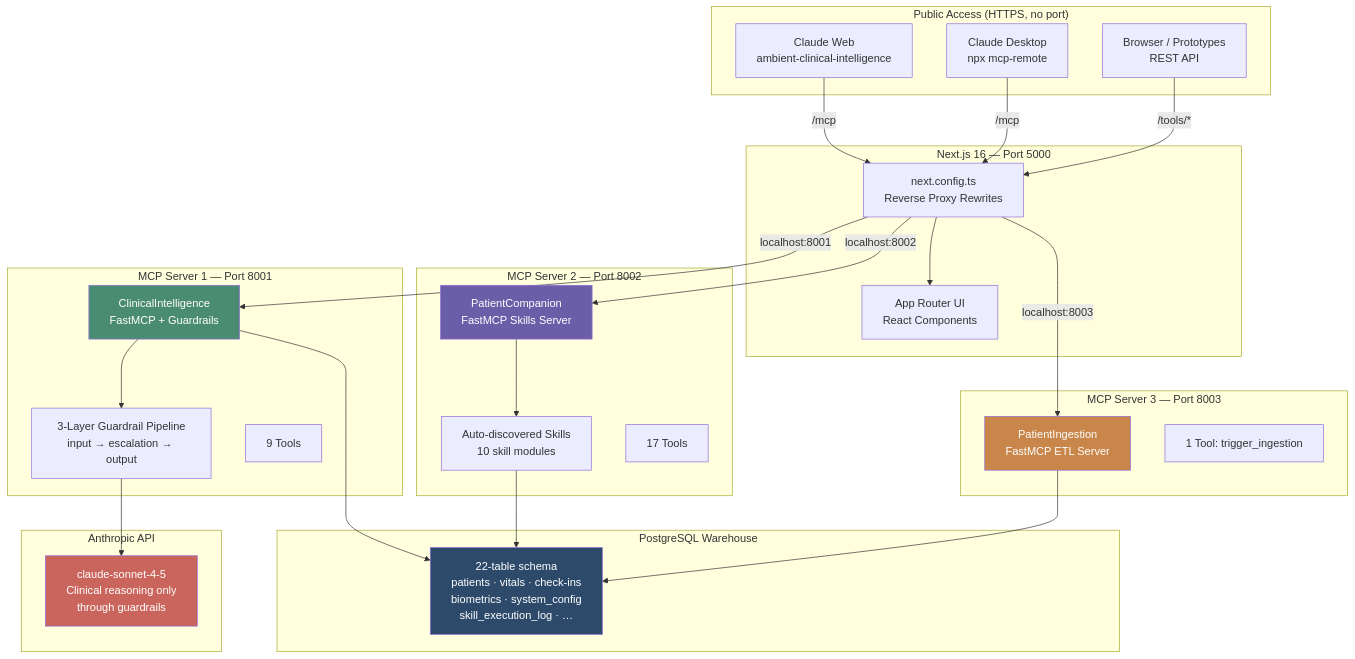
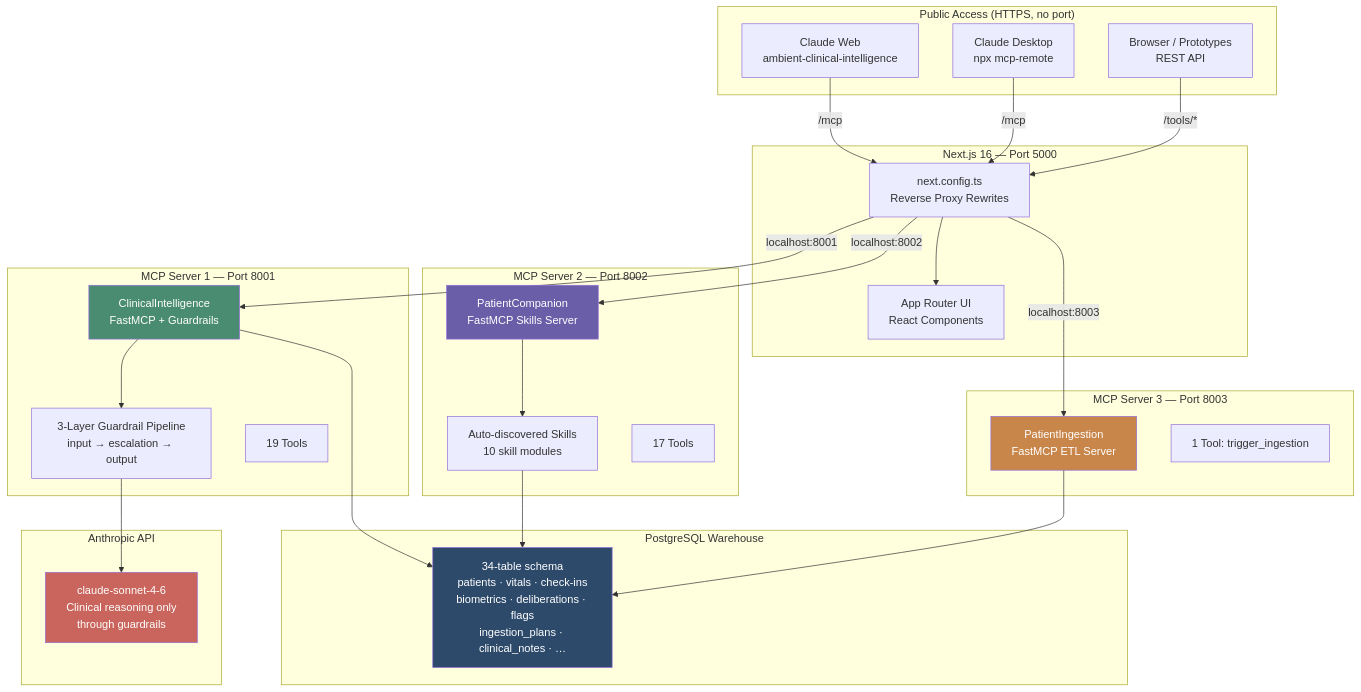
Before and after one commit to aliomraniH/ambient-patient-companion: the third of 8 diagrams in README.md, drawn with Mermaid. The commit also changed other lines of this file and 1 other file, not shown here.

First line of the commit message:
docs: update README and CLAUDE.md to reflect 35 commits of new features

````diff
--- a/README.md
+++ b/README.md
@@ -110,58 +110,58 @@
 ```mermaid
 graph TB
     subgraph "Public Access (HTTPS, no port)"
         CW["Claude Web<br/>ambient-clinical-intelligence"]
         CD["Claude Desktop<br/>npx mcp-remote"]
         BR["Browser / Prototypes<br/>REST API"]
     end
 
     subgraph "Next.js 16 — Port 5000"
         NX["next.config.ts<br/>Reverse Proxy Rewrites"]
         UI["App Router UI<br/>React Components"]
     end
 
     subgraph "MCP Server 1 — Port 8001"
         S1["ClinicalIntelligence<br/>FastMCP + Guardrails"]
         G1["3-Layer Guardrail Pipeline<br/>input → escalation → output"]
-        T1["9 Tools"]
+        T1["19 Tools"]
     end
 
     subgraph "MCP Server 2 — Port 8002"
         S2["PatientCompanion<br/>FastMCP Skills Server"]
         SK["Auto-discovered Skills<br/>10 skill modules"]
         T2["17 Tools"]
     end
 
     subgraph "MCP Server 3 — Port 8003"
         S3["PatientIngestion<br/>FastMCP ETL Server"]
         T3["1 Tool: trigger_ingestion"]
     end
 
     subgraph "PostgreSQL Warehouse"
-        DB["22-table schema<br/>patients · vitals · check-ins<br/>biometrics · system_config<br/>skill_execution_log · …"]
+        DB["34-table schema<br/>patients · vitals · check-ins<br/>biometrics · deliberations · flags<br/>ingestion_plans · clinical_notes · …"]
     end
 
     subgraph "Anthropic API"
-        AN["claude-sonnet-4-5<br/>Clinical reasoning only<br/>through guardrails"]
+        AN["claude-sonnet-4-6<br/>Clinical reasoning only<br/>through guardrails"]
     end
 
     CW -->|"/mcp"| NX
     CD -->|"/mcp"| NX
     BR -->|"/tools/*"| NX
 
     NX -->|"localhost:8001"| S1
     NX -->|"localhost:8002"| S2
     NX -->|"localhost:8003"| S3
     NX --> UI
 
     S1 --> G1 --> AN
     S1 --> DB
     S2 --> SK --> DB
     S3 --> DB
 
     style S1 fill:#4A8C72,color:#fff
     style S2 fill:#6B5EA8,color:#fff
     style S3 fill:#C9864A,color:#fff
     style DB fill:#2d4a6b,color:#fff
     style AN fill:#c9655c,color:#fff
 ```
````
